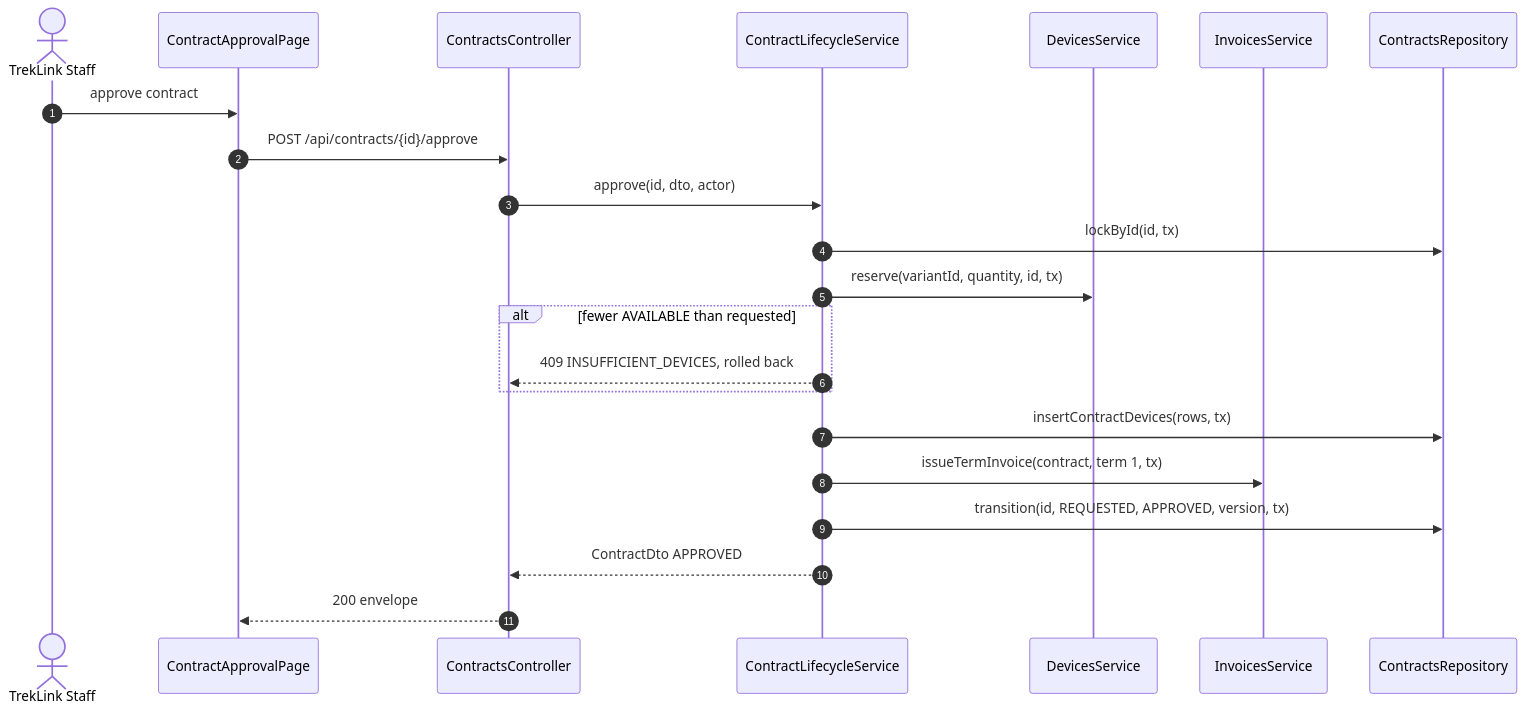
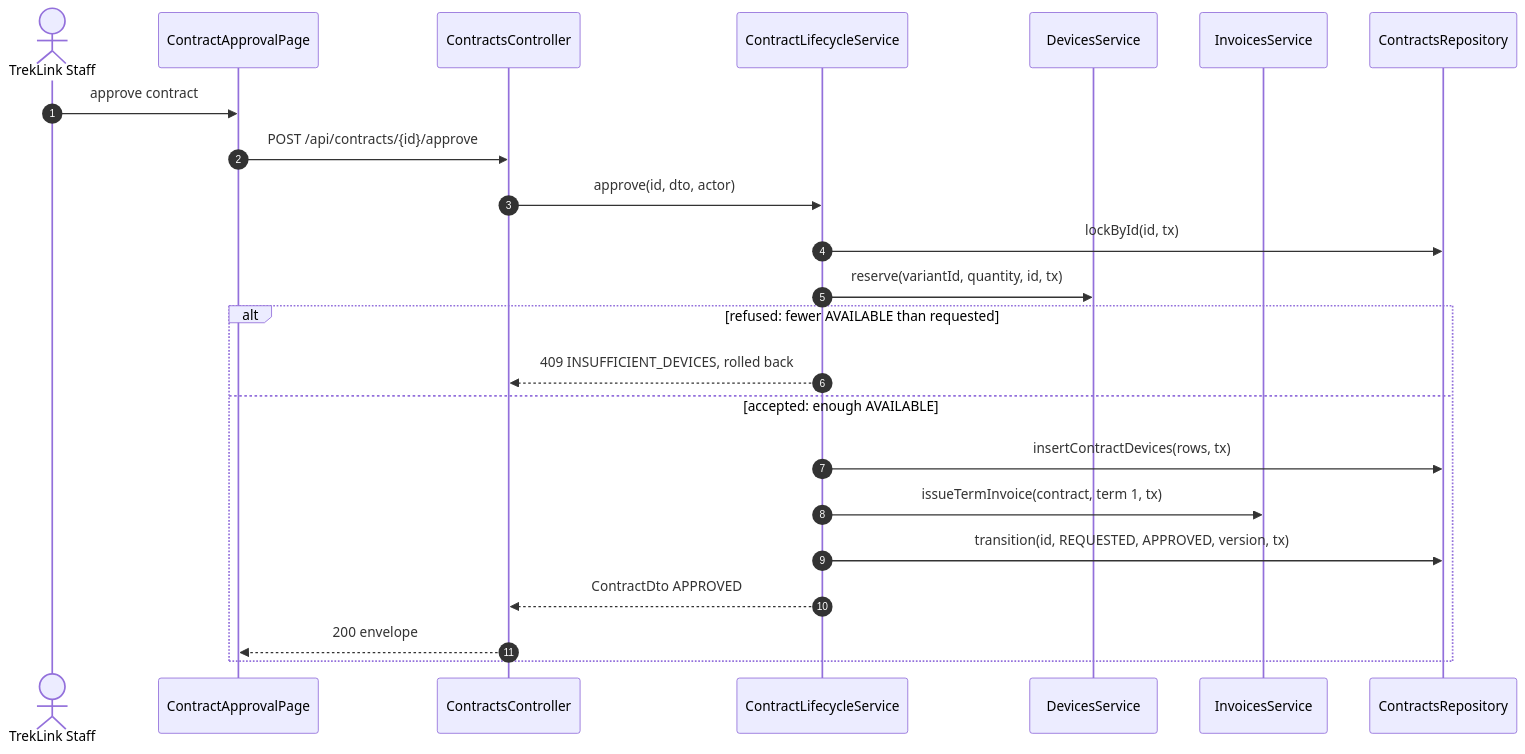
One commit to TrekLink-Team/treklink-web changed the sixth of 11 diagrams in specs/rentals/design.md. Above: the diagram before and after it, drawn with Mermaid. The commit also changed other lines of this file and 39 other files, not shown here.

First line of the commit message:
docs: design periodic maintenance (D-047) and apply the SDD sequence conventions

````diff
--- a/specs/rentals/design.md
+++ b/specs/rentals/design.md
@@ -313,24 +314,25 @@
 ```mermaid
 sequenceDiagram
     autonumber
     actor St as TrekLink Staff
     participant P as ContractApprovalPage
     participant C as ContractsController
     participant L as ContractLifecycleService
     participant D as DevicesService
     participant I as InvoicesService
     participant R as ContractsRepository
     St->>P: approve contract
     P->>C: POST /api/contracts/{id}/approve
     C->>L: approve(id, dto, actor)
     L->>R: lockById(id, tx)
     L->>D: reserve(variantId, quantity, id, tx)
-    alt fewer AVAILABLE than requested
+    alt refused: fewer AVAILABLE than requested
         L-->>C: 409 INSUFFICIENT_DEVICES, rolled back
+    else accepted: enough AVAILABLE
+        L->>R: insertContractDevices(rows, tx)
+        L->>I: issueTermInvoice(contract, term 1, tx)
+        L->>R: transition(id, REQUESTED, APPROVED, version, tx)
+        L-->>C: ContractDto APPROVED
+        C-->>P: 200 envelope
     end
-    L->>R: insertContractDevices(rows, tx)
-    L->>I: issueTermInvoice(contract, term 1, tx)
-    L->>R: transition(id, REQUESTED, APPROVED, version, tx)
-    L-->>C: ContractDto APPROVED
-    C-->>P: 200 envelope
 ```
````
